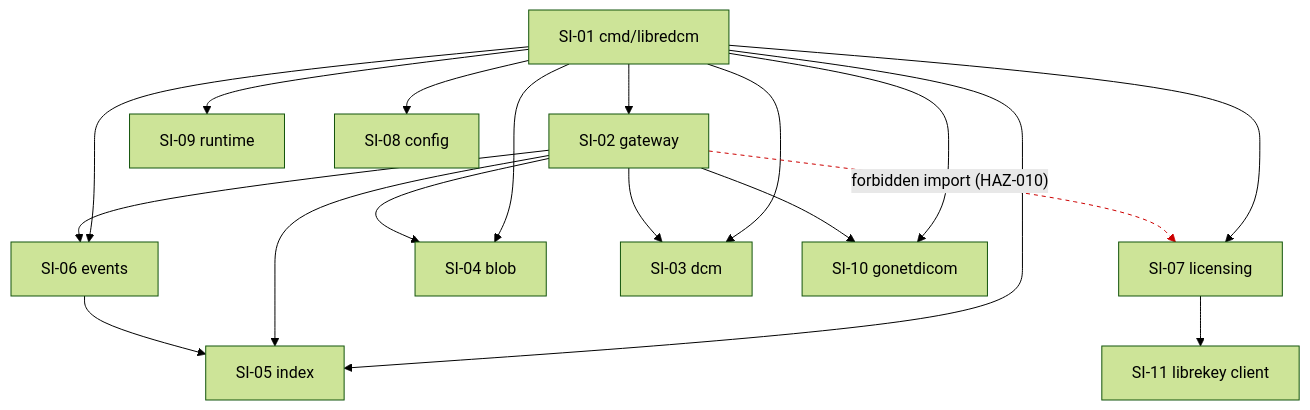
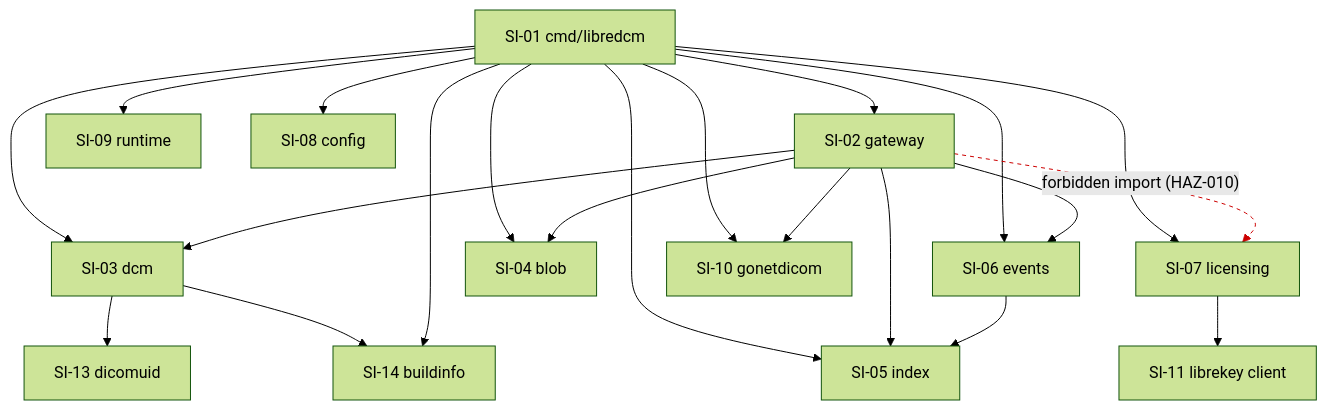
One commit to mulcahyio/libre-rws changed the second of 6 diagrams in docs/dhf/libredcm/architecture.md. Above: the diagram before and after it, drawn with Mermaid (forest theme). The commit also changed other lines of this file and 54 other files, not shown here.

````diff
--- a/docs/dhf/libredcm/architecture.md
+++ b/docs/dhf/libredcm/architecture.md
@@ -110,21 +112,24 @@
 ```mermaid
 flowchart TD
   CMD[SI-01 cmd/libredcm] --> GW[SI-02 gateway]
   CMD --> LIC[SI-07 licensing]
   CMD --> RT[SI-09 runtime]
   CMD --> CFG[SI-08 config]
   CMD --> EV
   CMD --> IDX
   CMD --> BLOB
   CMD --> DCM
   CMD --> NET
   GW --> DCM[SI-03 dcm]
   GW --> BLOB[SI-04 blob]
   GW --> IDX[SI-05 index]
   GW --> EV[SI-06 events]
   GW --> NET[SI-10 gonetdicom]
   EV --> IDX
   LIC --> LK[SI-11 librekey client]
   GW -. "forbidden import (HAZ-010)" .-> LIC
+  DCM --> UID[SI-13 dicomuid]
+  DCM --> BI[SI-14 buildinfo]
+  CMD --> BI
   linkStyle 16 stroke:#c00,stroke-dasharray:4
 ```
````
